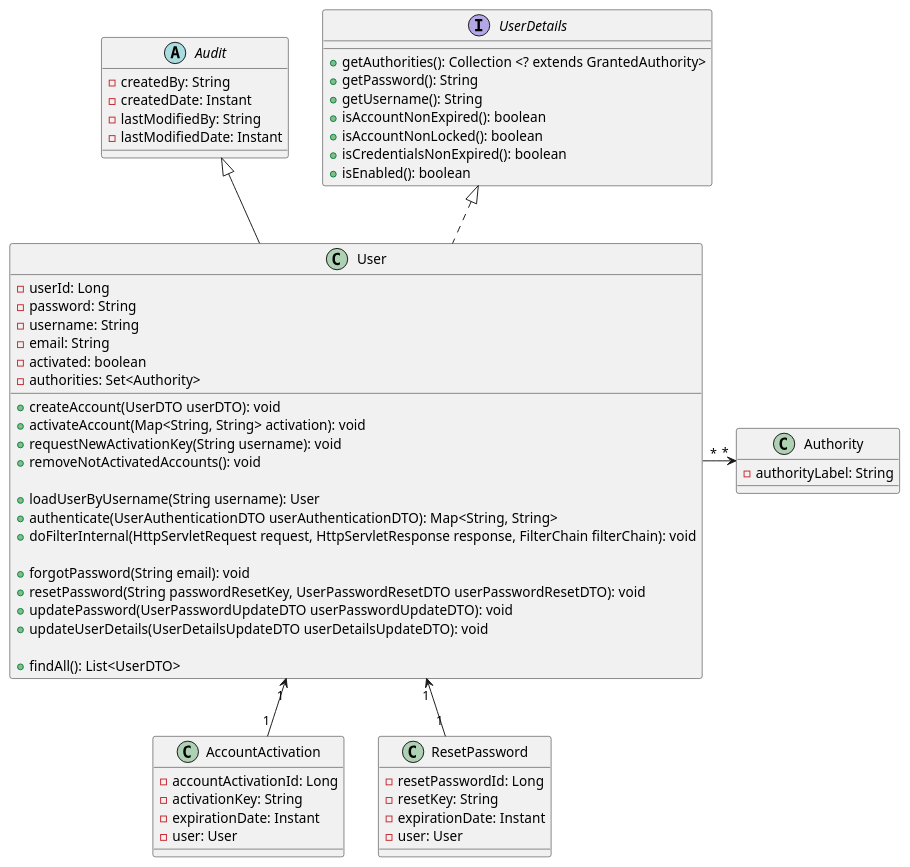
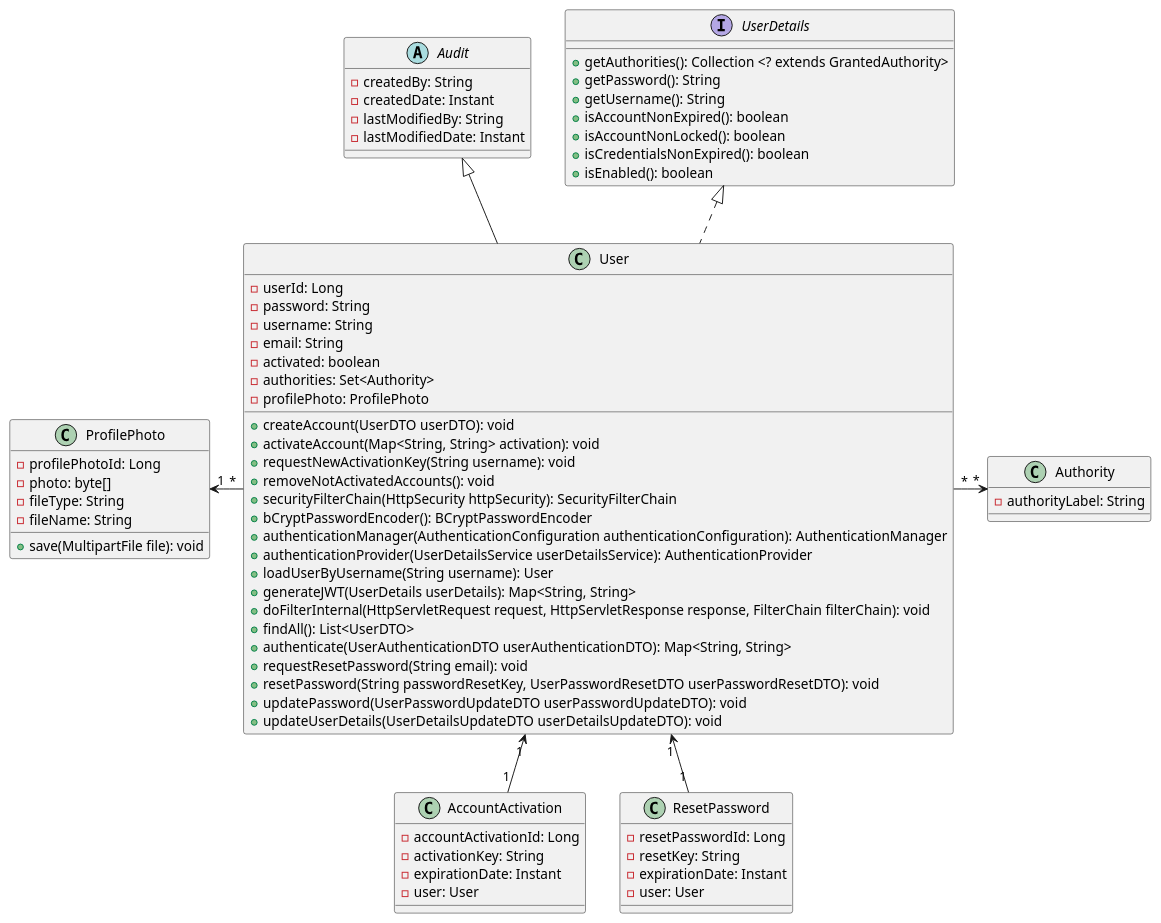
The diagram in usecases-diagramclasses/diagram-class2.puml (fatimabenzaoui/auth-springboot), drawn with PlantUML before and after one commit. The commit also changed 31 other files, not shown here.

Commit message:
ajout du model "ProfilePhoto" + ajout tests unitaires de la couche DAO

```diff
--- a/usecases-diagramclasses/diagram-class2.puml
+++ b/usecases-diagramclasses/diagram-class2.puml
@@ -1,69 +1,81 @@
 @startuml shopclassdiagram
 
 User "*" -right-> "*" Authority
 User "1" <-down- "1" AccountActivation
+User "*" -left-> "1" ProfilePhoto
 User "1" <-down- "1" ResetPassword
+
 
 abstract class Audit {
     - createdBy: String
     - createdDate: Instant
     - lastModifiedBy: String
     - lastModifiedDate: Instant
 }
 
 interface UserDetails {
     + getAuthorities(): Collection <? extends GrantedAuthority>
     + getPassword(): String
     + getUsername(): String
     + isAccountNonExpired(): boolean
     + isAccountNonLocked(): boolean
     + isCredentialsNonExpired(): boolean
     + isEnabled(): boolean
 }
 
 class User extends Audit
 class User implements UserDetails
 class User {
     - userId: Long
     - password: String
     - username: String
     - email: String
     - activated: boolean
     - authorities: Set<Authority>
-
+    - profilePhoto: ProfilePhoto
     + createAccount(UserDTO userDTO): void
     + activateAccount(Map<String, String> activation): void
     + requestNewActivationKey(String username): void
     + removeNotActivatedAccounts(): void
-
+    + securityFilterChain(HttpSecurity httpSecurity): SecurityFilterChain
+    + bCryptPasswordEncoder(): BCryptPasswordEncoder
+    + authenticationManager(AuthenticationConfiguration authenticationConfiguration): AuthenticationManager
+    + authenticationProvider(UserDetailsService userDetailsService): AuthenticationProvider
     + loadUserByUsername(String username): User
+    + generateJWT(UserDetails userDetails): Map<String, String>
+    + doFilterInternal(HttpServletRequest request, HttpServletResponse response, FilterChain filterChain): void
+    + findAll(): List<UserDTO>
     + authenticate(UserAuthenticationDTO userAuthenticationDTO): Map<String, String>
-    + doFilterInternal(HttpServletRequest request, HttpServletResponse response, FilterChain filterChain): void
-
-    + forgotPassword(String email): void
+    + requestResetPassword(String email): void
     + resetPassword(String passwordResetKey, UserPasswordResetDTO userPasswordResetDTO): void
     + updatePassword(UserPasswordUpdateDTO userPasswordUpdateDTO): void
     + updateUserDetails(UserDetailsUpdateDTO userDetailsUpdateDTO): void
-
-    + findAll(): List<UserDTO>
 }
 
 class Authority {
     - authorityLabel: String
 }
 
 class AccountActivation {
     - accountActivationId: Long
     - activationKey: String
     - expirationDate: Instant
     - user: User
 }
 
+class ProfilePhoto {
+    - profilePhotoId: Long
+    - photo: byte[]
+    - fileType: String
+    - fileName: String
+    + save(MultipartFile file): void
+}
+
 class ResetPassword {
     - resetPasswordId: Long
     - resetKey: String
     - expirationDate: Instant
     - user: User
 }
 
 @enduml
```
